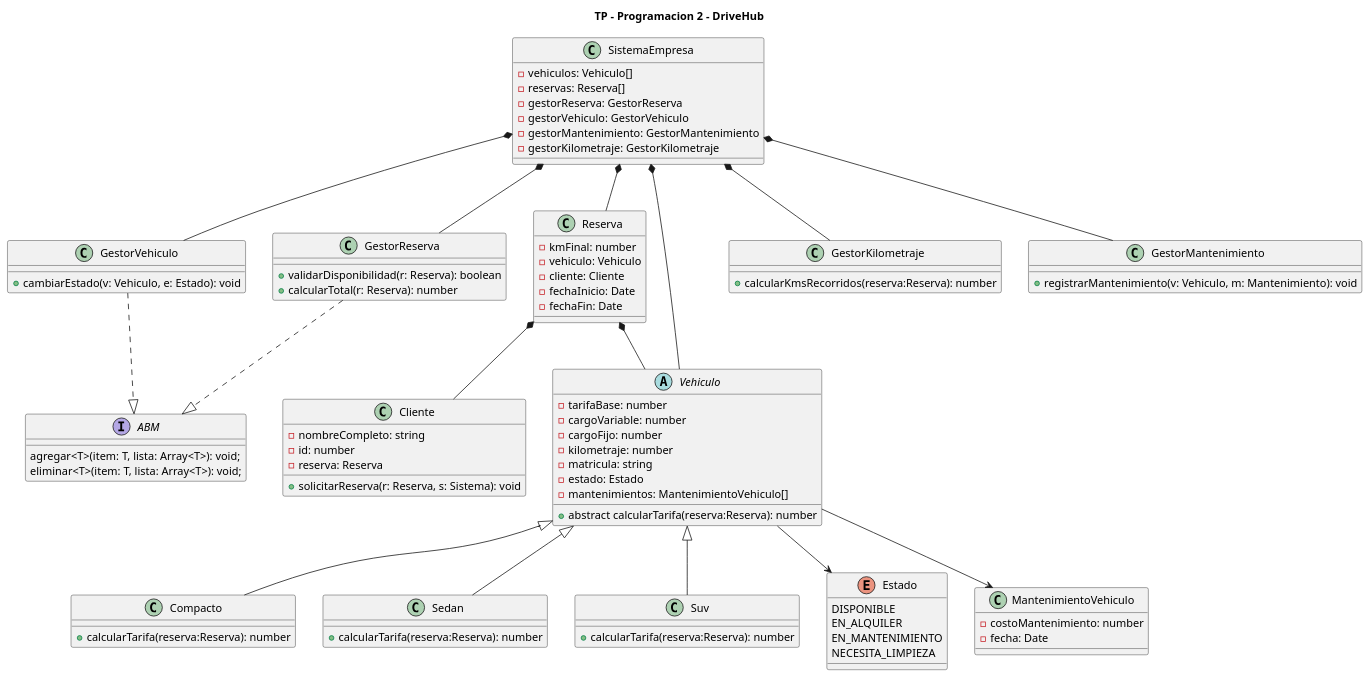
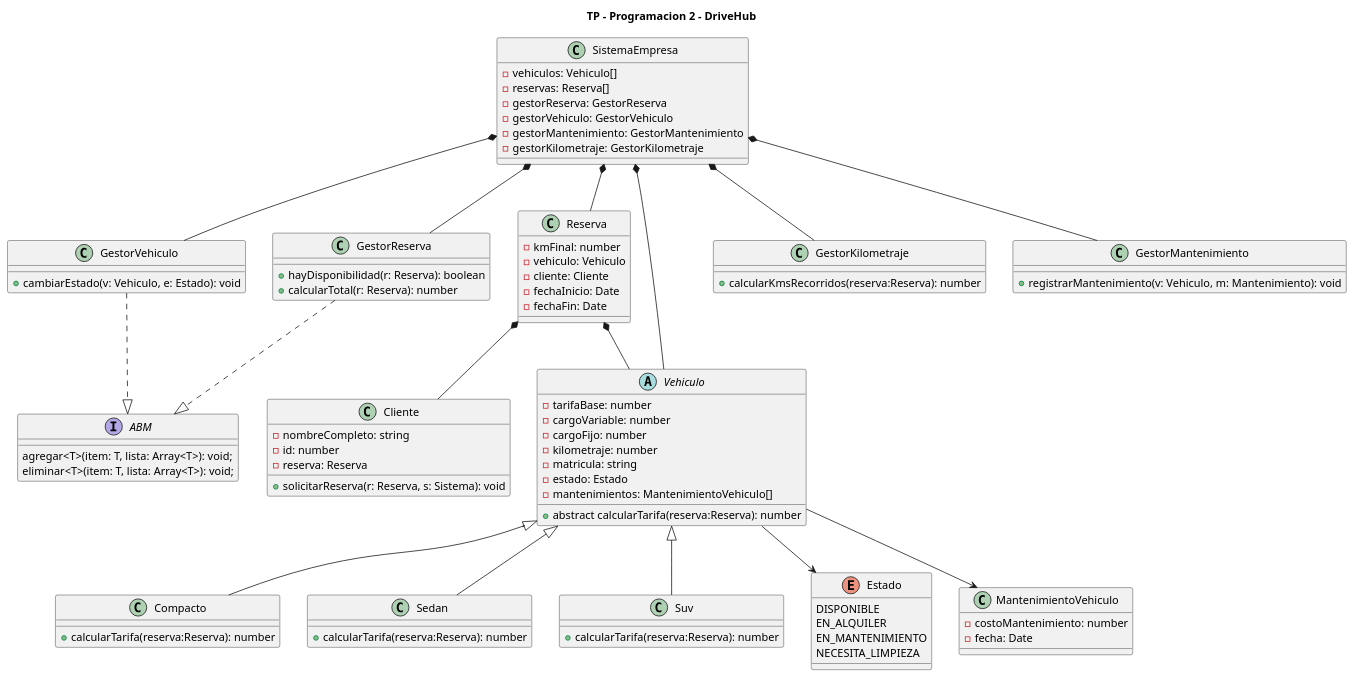
One commit to LauEroles/TP-Progra2-DriveHub changed the diagram in Diagramas/diagramaClases-DriveHub.puml. Above: the diagram before and after it, drawn with PlantUML. The commit also changed 2 other files, not shown here.

Commit message:
creacion de metodo disponibilidad en gestor reserva

```diff
--- a/Diagramas/diagramaClases-DriveHub.puml
+++ b/Diagramas/diagramaClases-DriveHub.puml
@@ -1,141 +1,141 @@
 @startuml DriveHub
 
 title TP - Programacion 2 - DriveHub
 
 
 class SistemaEmpresa {
     - vehiculos: Vehiculo[]
     - reservas: Reserva[]
     - gestorReserva: GestorReserva
     - gestorVehiculo: GestorVehiculo
     - gestorMantenimiento: GestorMantenimiento
     - gestorKilometraje: GestorKilometraje
 }
 
 class Reserva {
     - kmFinal: number
     - vehiculo: Vehiculo
     - cliente: Cliente
     - fechaInicio: Date
     - fechaFin: Date
 }
 
 class Cliente {
     - nombreCompleto: string
     - id: number
     'El cliente puede instanciarse sin reserva por parametro, 
     'podemos setearla luego cuando se le asigna la reserva
     - reserva: Reserva
     + solicitarReserva(r: Reserva, s: Sistema): void  
 }
 
 'Herencia Vehiculo a sus clases hijas
 abstract class Vehiculo {
     - tarifaBase: number
     'Podria haber una clase cargo que nos permita manejar de manera
     'abstracta los cargos y luego en vehiculo tener una lista de cargos
     'que pueden ser variables o fijos y el dia de mañana 
     'para flexibilizar mas la solucion si se agregan nuevos vehiculos??
     - cargoVariable: number
     - cargoFijo: number
     - kilometraje: number
     - matricula: string
     - estado: Estado
     - mantenimientos: MantenimientoVehiculo[]
     + abstract calcularTarifa(reserva:Reserva): number
 }
 
 class Compacto {
     + calcularTarifa(reserva:Reserva): number
 }
 
 class Sedan {
     + calcularTarifa(reserva:Reserva): number
 }
 
 class Suv {
     + calcularTarifa(reserva:Reserva): number
 }
 
 'Atributo de vehiculo
 enum Estado {
     DISPONIBLE
     EN_ALQUILER
     EN_MANTENIMIENTO
     NECESITA_LIMPIEZA
 }
 
 'Atributo del vehiculo
 class MantenimientoVehiculo {
     - costoMantenimiento: number
     - fecha: Date
 }
 
 
 class GestorVehiculo {
     + cambiarEstado(v: Vehiculo, e: Estado): void  
     ' Le cambia el Estado (enum) a un vehiculo (a traves de su setter)
 }
 
 
 class GestorReserva {
-    + validarDisponibilidad(r: Reserva): boolean  
+    + hayDisponibilidad(r: Reserva): boolean  
     ' Valida la disponibilidad del vehículo para las fechas solicitadas
     + calcularTotal(r: Reserva): number  
     ' Podriamos calcular el total usando calcularCostoVariable() del vehiculo y sumar la tarifa base 
     ' (y costo fijo) aca, para que el vehiculo solo calcule su costo variable y no el total de la reserva
 }
 
 
 class GestorKilometraje {
     + calcularKmsRecorridos(reserva:Reserva): number  
     ' Calcula los kms recorridos en una reserva (kmFinal - kmInicial)
     ' Esto lo sacaría tal vez y haría que Reserva tenga un método kmsRecorridos() que los calcule
     ' ya que ella misma posee kmInicial y kmFinal (seteado despues), y que calcularTotal() en GestionReserva llame a ese método
 }
 
 
 class GestorMantenimiento {
     + registrarMantenimiento(v: Vehiculo, m: Mantenimiento): void  
     ' Si mas adelante nos solicita podemos ver si el auto requiere o no mantenimiento
     ' Le agrega un mantenimiento a un vehiculo
     ' Vehiculo podría tener un array de mantenimentos (tipo Mantenimiento) para tener registrados todos los que se le hacen
     ' Objeto mantenimento tiene fecha y costo (simil estructura de datos)
 }
 
 interface ABM {
     agregar<T>(item: T, lista: Array<T>): void;
     eliminar<T>(item: T, lista: Array<T>): void;
 }
 
 
 
 'Relaciones:
 
 'Herencia
 Vehiculo <|-- Sedan
 Vehiculo <|-- Suv
 Vehiculo <|-- Compacto
 
 'Atributos de vehiculo
 Vehiculo --> MantenimientoVehiculo
 Vehiculo --> Estado
 
 'Composición
 Reserva *-- Cliente
 Reserva *-- Vehiculo
 SistemaEmpresa *-- Vehiculo
 SistemaEmpresa *-- Reserva
 
 SistemaEmpresa *-- GestorReserva
 SistemaEmpresa *-- GestorKilometraje
 SistemaEmpresa *-- GestorMantenimiento
 SistemaEmpresa *-- GestorVehiculo
 
 
 'Implementacion interfaces:
 ABM <|.u. GestorReserva
 ABM <|.u. GestorVehiculo
 
 
 @enduml
```
